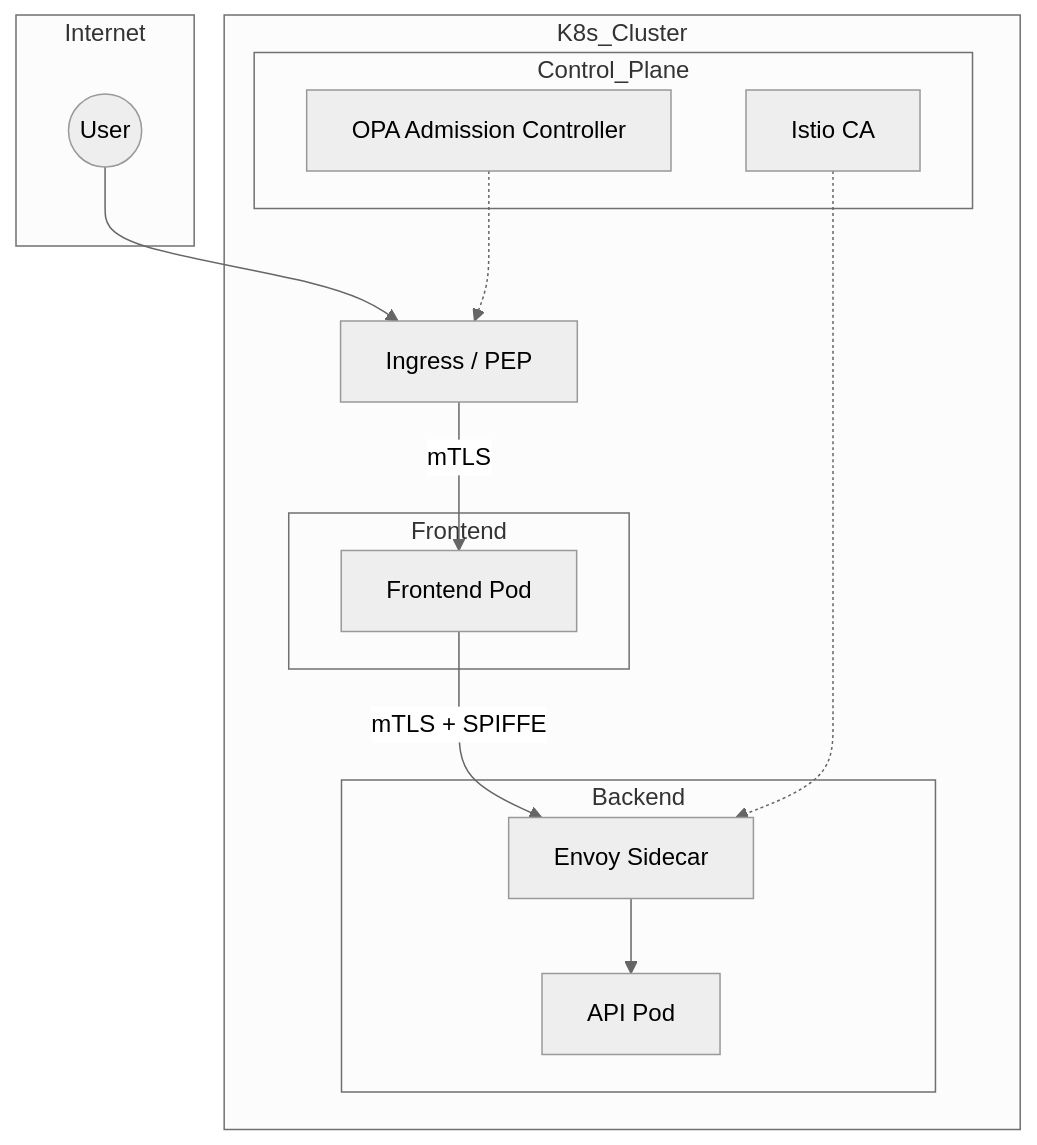
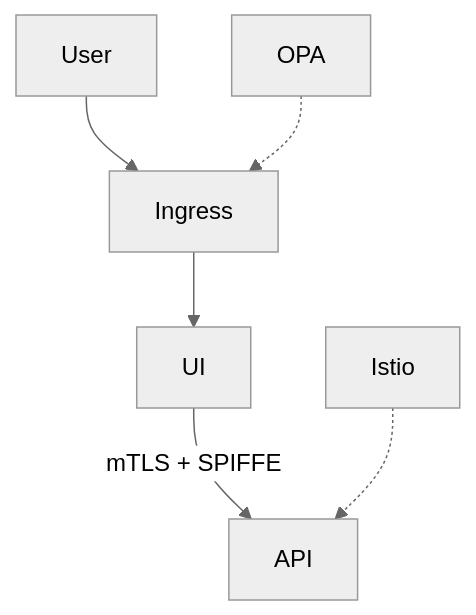
One commit to seanwhs/Cybersecurity-Knowldege-Base changed the second of 5 diagrams in architecture-blueprints/enterprise_zero_trust_reference.md. Above: the diagram before and after it, drawn with Mermaid (neutral theme). The commit also changed other lines of this file, not shown here.

````diff
--- a/architecture-blueprints/enterprise_zero_trust_reference.md
+++ b/architecture-blueprints/enterprise_zero_trust_reference.md
@@ -274,31 +191,8 @@
 ```mermaid
 graph TD
-    subgraph Internet
-        User((User))
-    end
-
-    subgraph K8s_Cluster
-        Ingress[Ingress / PEP]
-
-        subgraph Frontend
-            UI[Frontend Pod]
-        end
-
-        subgraph Backend
-            API[API Pod]
-            Sidecar[Envoy Sidecar]
-        end
-
-        subgraph Control_Plane
-            Istiod[Istio CA]
-            OPA[OPA Admission Controller]
-        end
-    end
-
     User --> Ingress
-    Ingress -->|mTLS| UI
-    UI -->|mTLS + SPIFFE| Sidecar
-    Sidecar --> API
+    Ingress --> UI
+    UI -->|mTLS + SPIFFE| API
     OPA -.-> Ingress
-    Istiod -.-> Sidecar
+    Istio -.-> API
 ```
````
